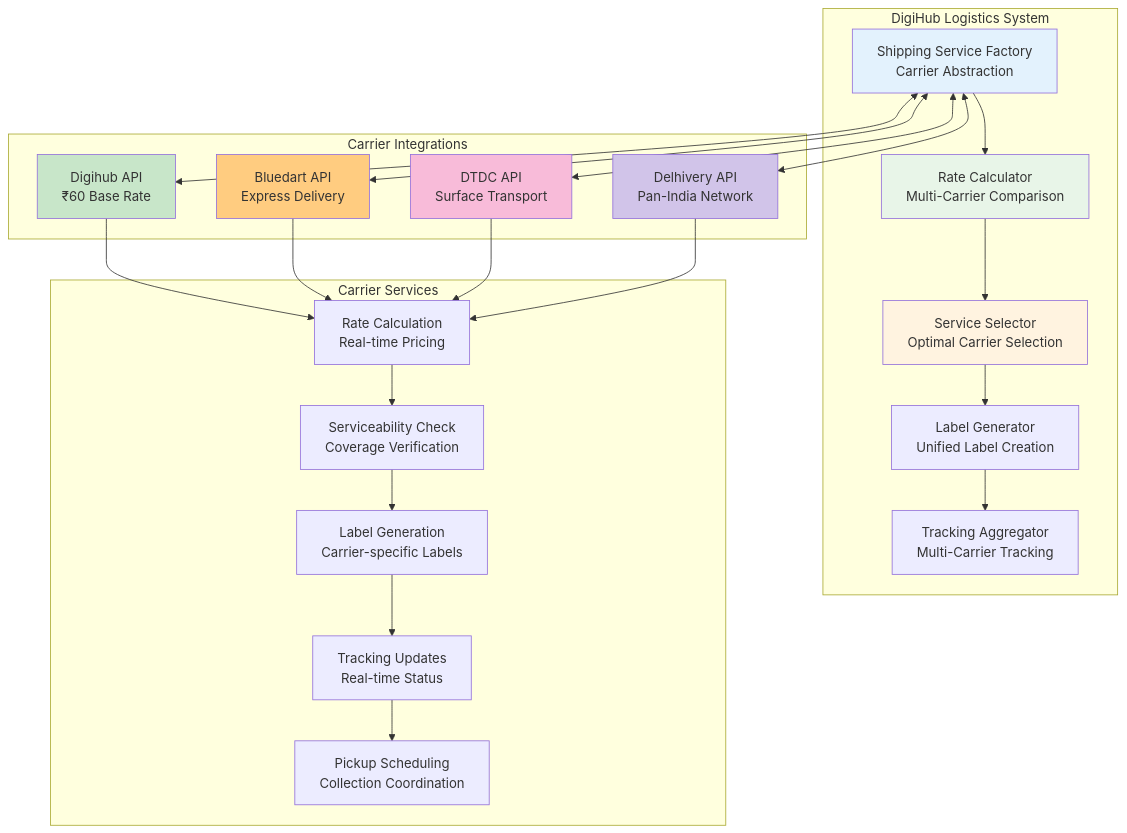
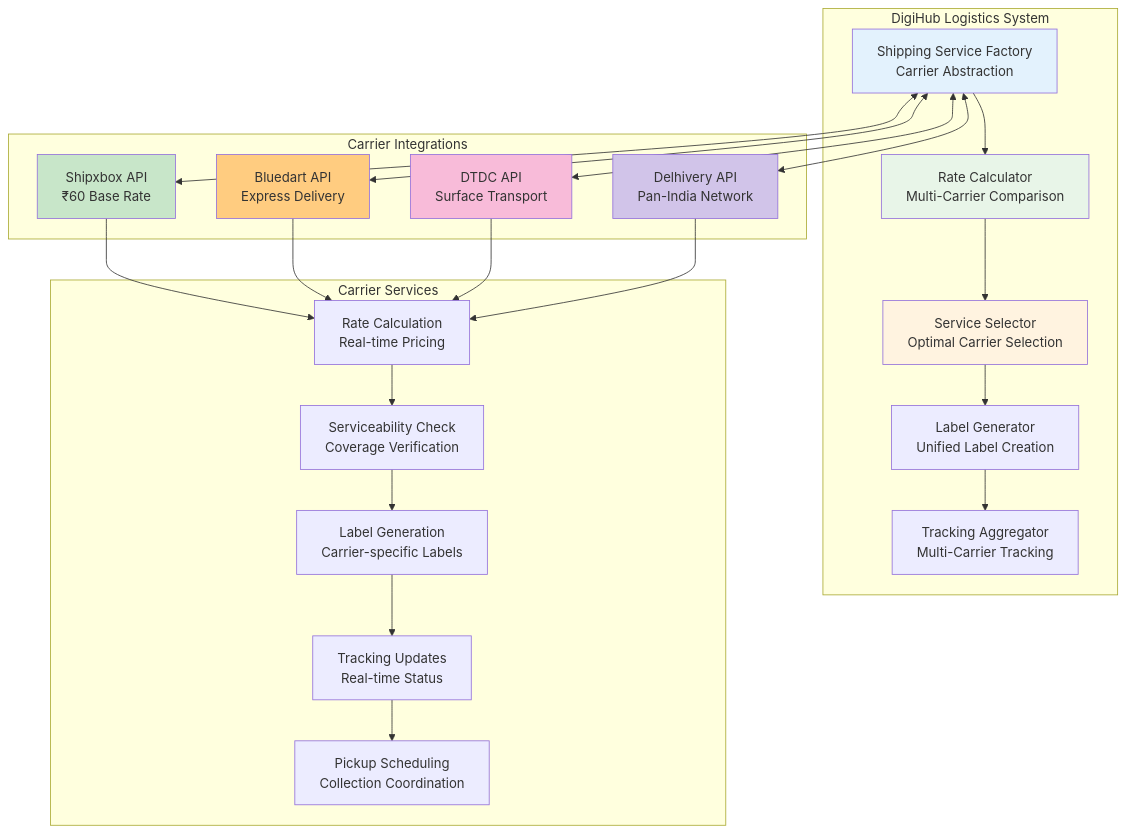
Diagram 14 of 44 in README.md (sandeepkumar0801/Digihub), drawn with Mermaid before and after one commit. The commit also changed other lines of this file and 1 other file, not shown here.

````diff
--- a/README.md
+++ b/README.md
@@ -2599,47 +2484,47 @@
 ```mermaid
 graph TD
     subgraph "DigiHub Logistics System"
         A[Shipping Service Factory<br/>Carrier Abstraction]
         B[Rate Calculator<br/>Multi-Carrier Comparison]
         C[Service Selector<br/>Optimal Carrier Selection]
         D[Label Generator<br/>Unified Label Creation]
         E[Tracking Aggregator<br/>Multi-Carrier Tracking]
     end
 
     subgraph "Carrier Integrations"
-        F1[Digihub API<br/>₹60 Base Rate]
+        F1[Shipxbox API<br/>₹60 Base Rate]
         F2[Bluedart API<br/>Express Delivery]
         F3[DTDC API<br/>Surface Transport]
         F4[Delhivery API<br/>Pan-India Network]
     end
 
     subgraph "Carrier Services"
         G1[Rate Calculation<br/>Real-time Pricing]
         G2[Serviceability Check<br/>Coverage Verification]
         G3[Label Generation<br/>Carrier-specific Labels]
         G4[Tracking Updates<br/>Real-time Status]
         G5[Pickup Scheduling<br/>Collection Coordination]
     end
 
     A --> B --> C --> D --> E
 
     A <--> F1
     A <--> F2
     A <--> F3
     A <--> F4
 
     F1 --> G1
     F2 --> G1
     F3 --> G1
     F4 --> G1
 
     G1 --> G2 --> G3 --> G4 --> G5
 
     style A fill:#e3f2fd
     style B fill:#e8f5e8
     style C fill:#fff3e0
     style F1 fill:#c8e6c9
     style F2 fill:#ffcc80
     style F3 fill:#f8bbd9
     style F4 fill:#d1c4e9
 ```
````
